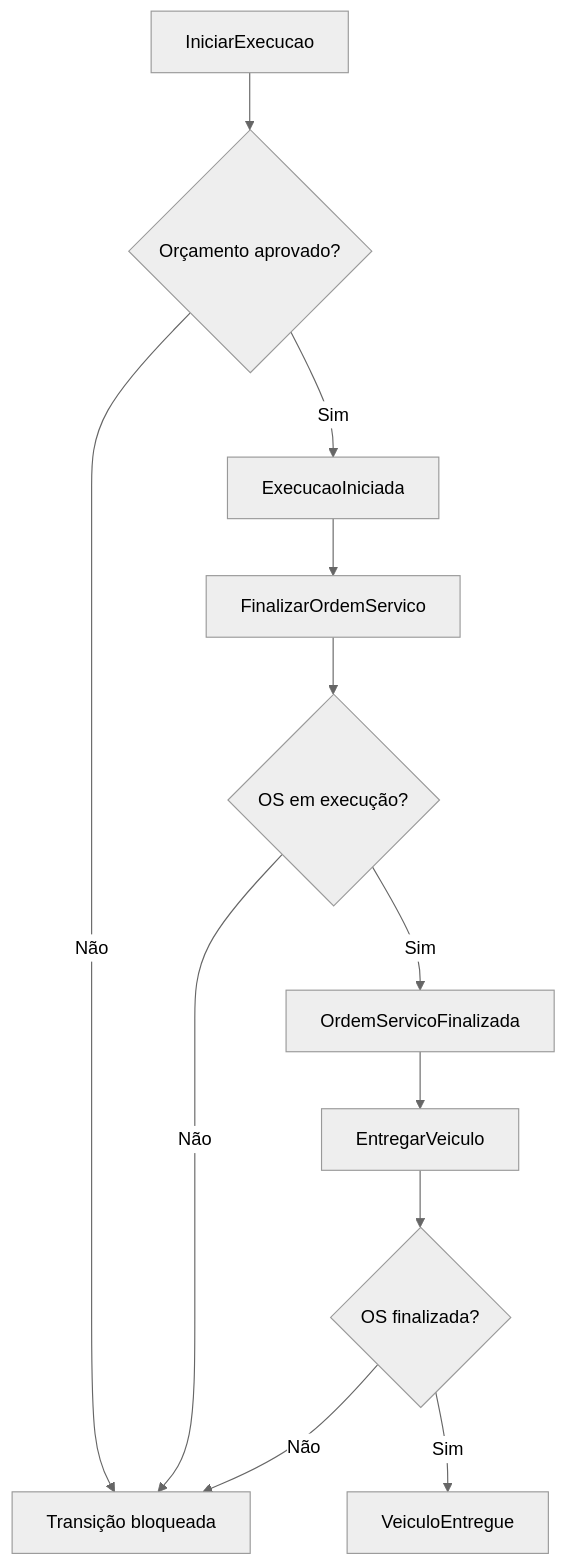
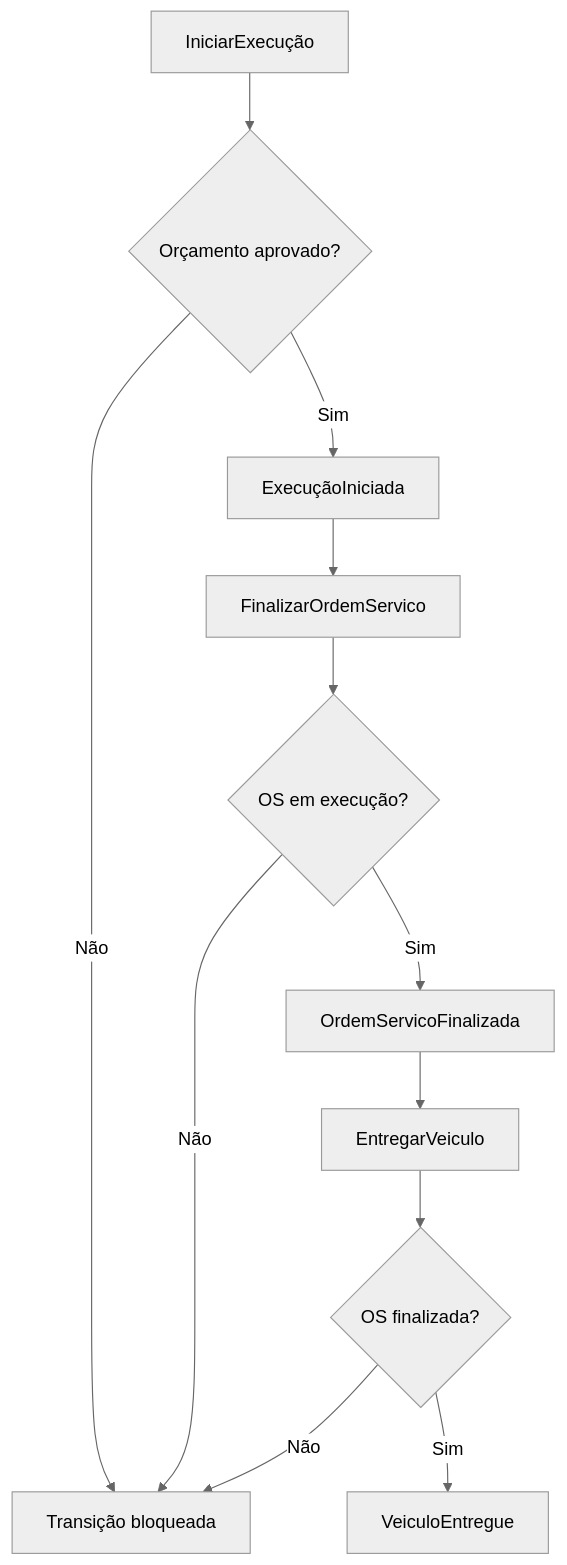
Before and after one commit to yxsbx/SOAT-FIAP: the fourth of 7 diagrams in docs/EVENT_STORMING.md, drawn with Mermaid (neutral theme). The commit also changed other lines of this file and 34 other files, not shown here.

````diff
--- a/docs/EVENT_STORMING.md
+++ b/docs/EVENT_STORMING.md
@@ -389,21 +389,21 @@
 ```mermaid
 flowchart TD
-    C1["IniciarExecucao"]
+    C1["IniciarExecução"]
     P1{"Orçamento aprovado?"}
-    E1["ExecucaoIniciada"]
+    E1["ExecuçãoIniciada"]
     C2["FinalizarOrdemServico"]
     P2{"OS em execução?"}
     E2["OrdemServicoFinalizada"]
     C3["EntregarVeiculo"]
     P3{"OS finalizada?"}
     E3["VeiculoEntregue"]
     X1["Transição bloqueada"]
 
     C1 --> P1
     P1 -- "Não" --> X1
     P1 -- "Sim" --> E1 --> C2 --> P2
     P2 -- "Não" --> X1
     P2 -- "Sim" --> E2 --> C3 --> P3
     P3 -- "Não" --> X1
     P3 -- "Sim" --> E3
 ```
````
